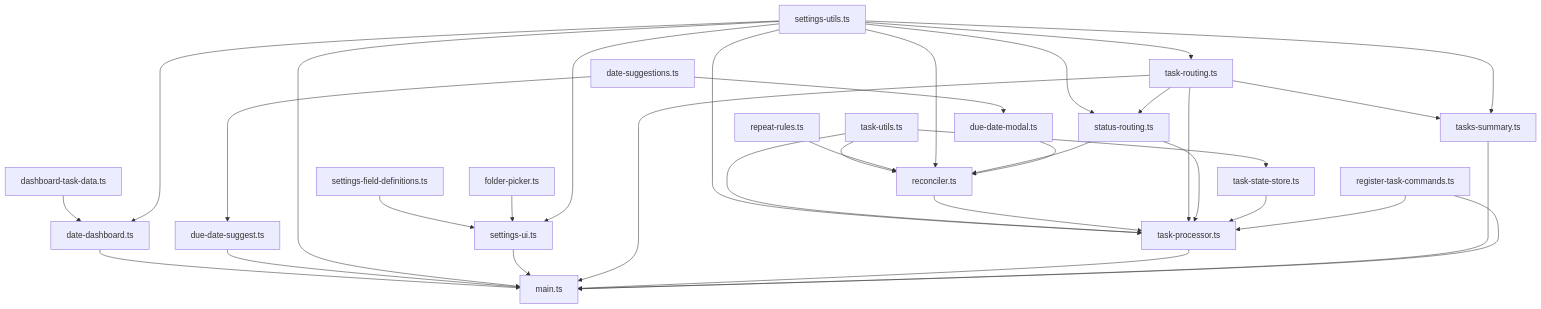
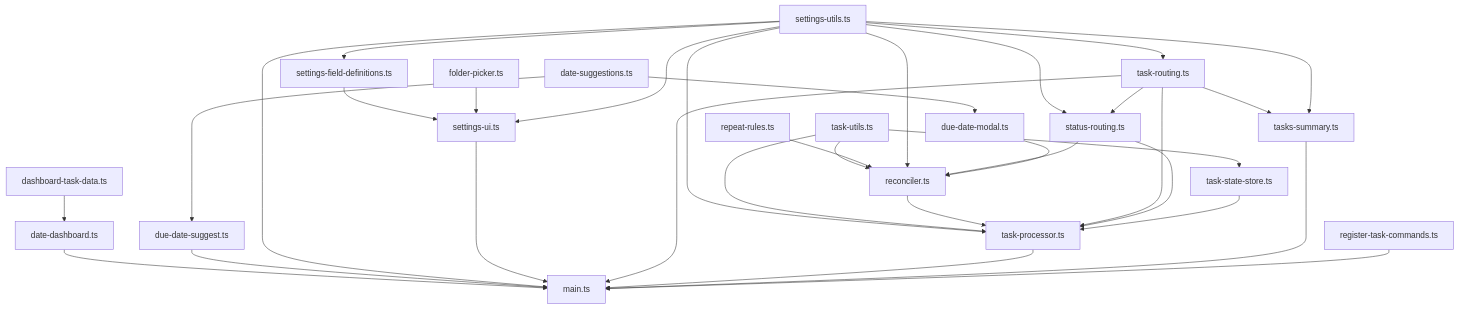
Before and after one commit to apurvanakade/obsidian-task-manager: the diagram in README.md, drawn with Mermaid.

Commit message:
update readme graph

````diff
--- a/README.md
+++ b/README.md
@@ -202,67 +202,66 @@
 ```mermaid
 graph TD
    M[main.ts]
 
    D[date-dashboard.ts]
    DTD[dashboard-task-data.ts]
    E[due-date-suggest.ts]
    DS[date-suggestions.ts]
 
    SUI[settings-ui.ts]
    SU[settings-utils.ts]
    SFD[settings-field-definitions.ts]
    FP[folder-picker.ts]
 
    RS[status-routing.ts]
    RT[task-routing.ts]
 
    TP[task-processor.ts]
    RC[reconciler.ts]
    RR[repeat-rules.ts]
    DDM[due-date-modal.ts]
    TS[task-state-store.ts]
    TU[task-utils.ts]
    SUM[tasks-summary.ts]
    CMD[register-task-commands.ts]
 
    D --> M
    E --> M
    SU --> M
    SUI --> M
    RT --> M
    TP --> M
    SUM --> M
    CMD --> M
 
    DTD --> D
-   SU --> D
 
    DS --> E
 
    SFD --> SUI
+   SU --> SFD
    FP --> SUI
    SU --> SUI
 
    SU --> RS
    RT --> RS
    SU --> RT
 
    SU --> TP
    TU --> TP
    RC --> TP
    RT --> TP
    RS --> TP
    TS --> TP
-   CMD --> TP
 
    TU --> RC
    RR --> RC
    SU --> RC
    RS --> RC
    DDM --> RC
    DS --> DDM
 
    TU --> TS
    RT --> SUM
    SU --> SUM
 ```
````
